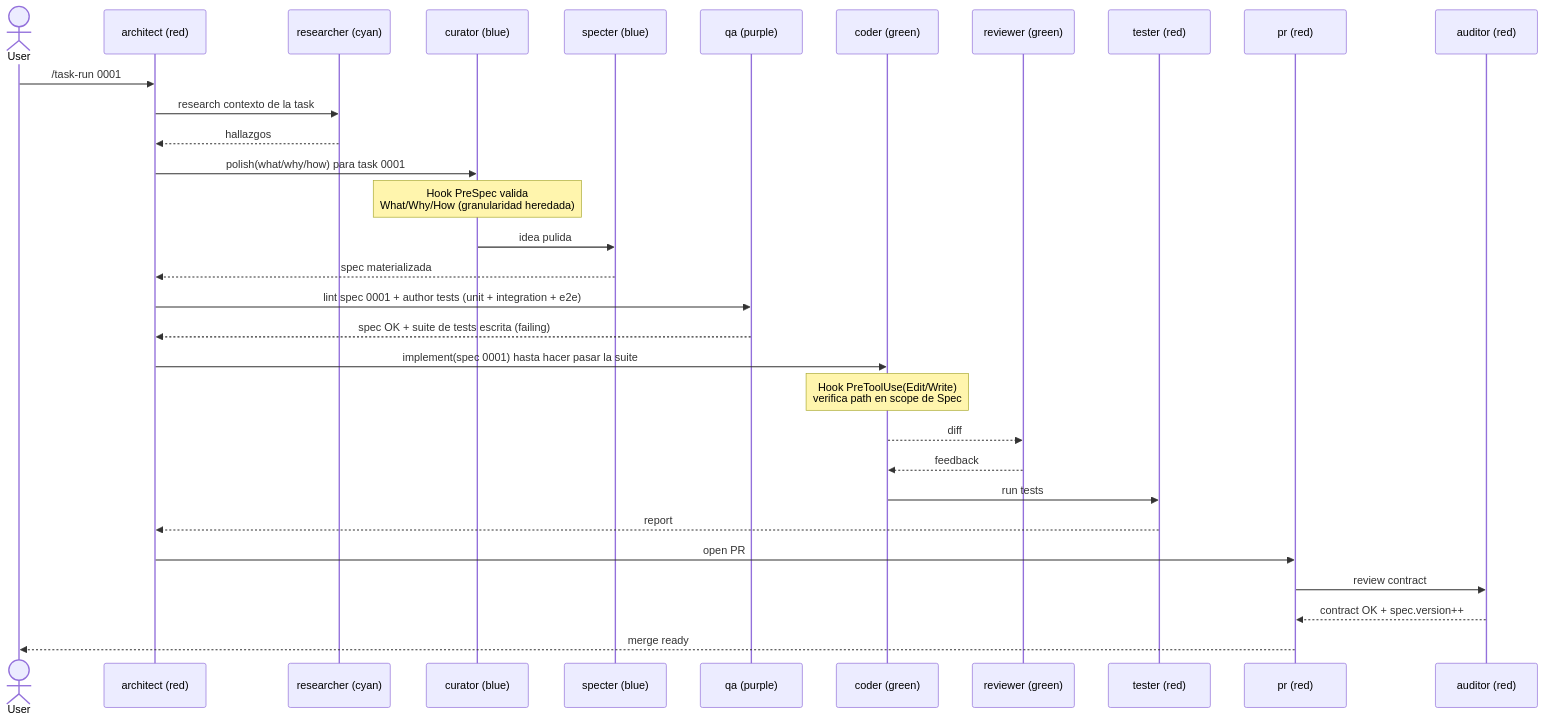
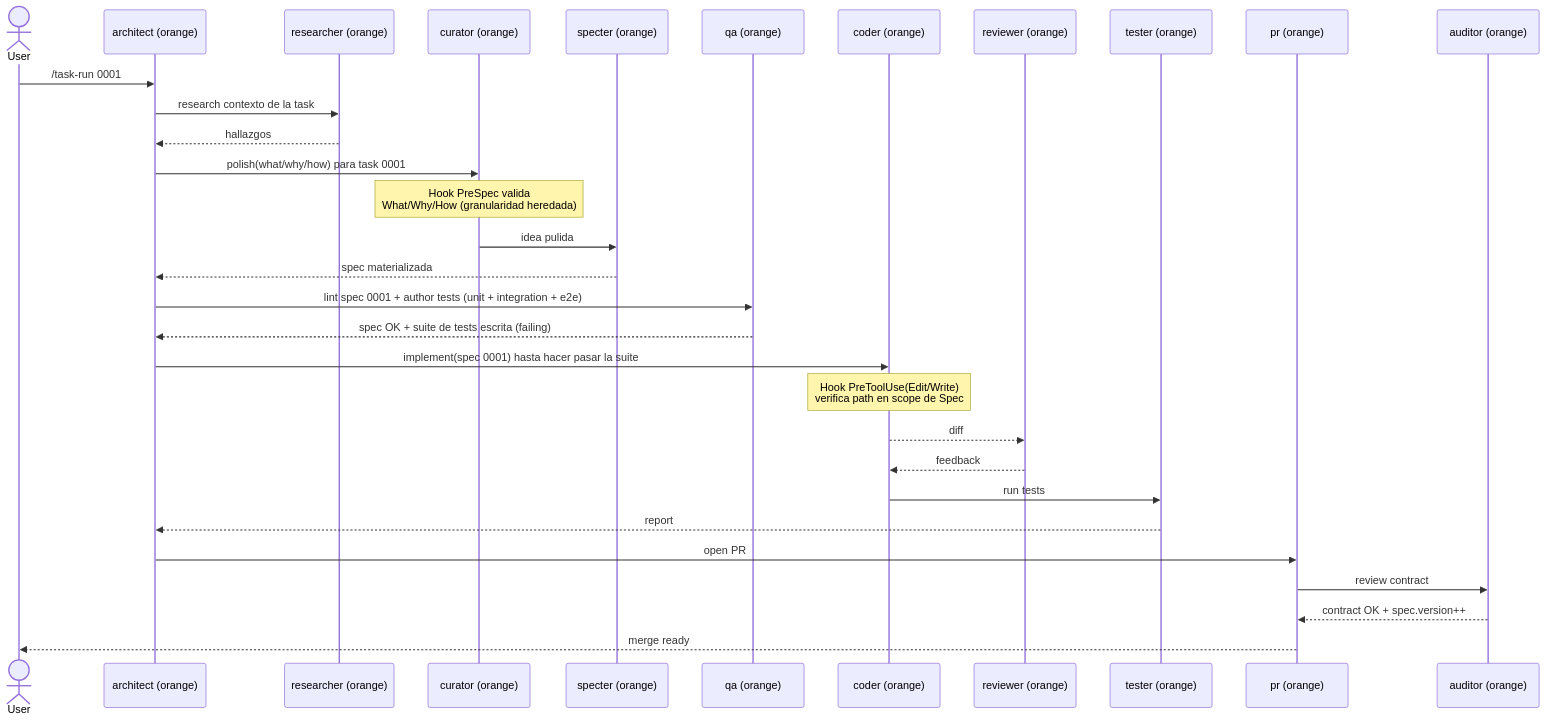
One commit to Christian-Rojas-Rodriguez/open-factory-spec changed the second of 4 diagrams in .claude/specs/diagrams/sequences.md. Above: the diagram before and after it, drawn with Mermaid. The commit also changed other lines of this file and 18 other files, not shown here.

````diff
--- a/.claude/specs/diagrams/sequences.md
+++ b/.claude/specs/diagrams/sequences.md
@@ -85,33 +85,33 @@
 ```mermaid
 sequenceDiagram
     actor User
-    participant AR as architect (red)
-    participant R as researcher (cyan)
-    participant Cu as curator (blue)
-    participant Sp as specter (blue)
-    participant QA as qa (purple)
-    participant Co as coder (green)
-    participant Rv as reviewer (green)
-    participant Te as tester (red)
-    participant PR as pr (red)
-    participant Au as auditor (red)
+    participant AR as architect (orange)
+    participant R as researcher (orange)
+    participant Cu as curator (orange)
+    participant Sp as specter (orange)
+    participant QA as qa (orange)
+    participant Co as coder (orange)
+    participant Rv as reviewer (orange)
+    participant Te as tester (orange)
+    participant PR as pr (orange)
+    participant Au as auditor (orange)
     User->>AR: /task-run 0001
     AR->>R: research contexto de la task
     R-->>AR: hallazgos
     AR->>Cu: polish(what/why/how) para task 0001
     Note over Cu: Hook PreSpec valida<br/>What/Why/How (granularidad heredada)
     Cu->>Sp: idea pulida
     Sp-->>AR: spec materializada
     AR->>QA: lint spec 0001 + author tests (unit + integration + e2e)
     QA-->>AR: spec OK + suite de tests escrita (failing)
     AR->>Co: implement(spec 0001) hasta hacer pasar la suite
     Note over Co: Hook PreToolUse(Edit/Write)<br/>verifica path en scope de Spec
     Co-->>Rv: diff
     Rv-->>Co: feedback
     Co->>Te: run tests
     Te-->>AR: report
     AR->>PR: open PR
     PR->>Au: review contract
     Au-->>PR: contract OK + spec.version++
     PR-->>User: merge ready
 ```
````
